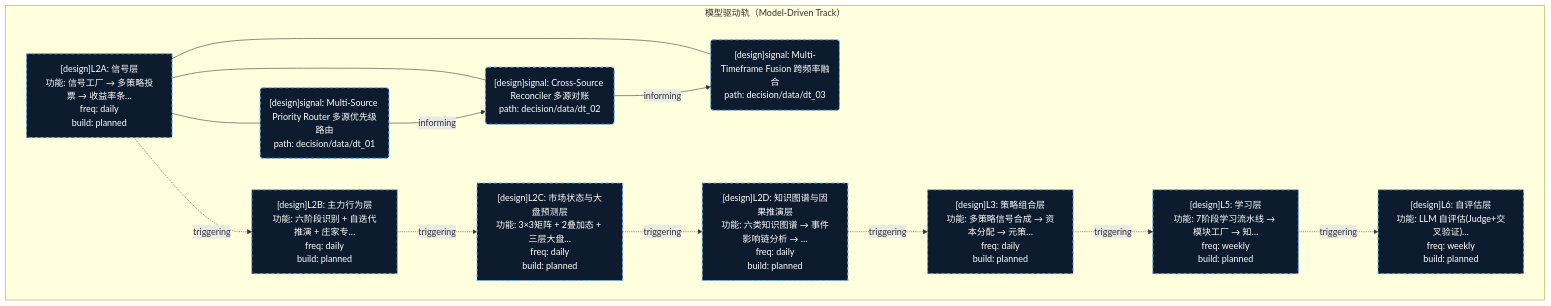
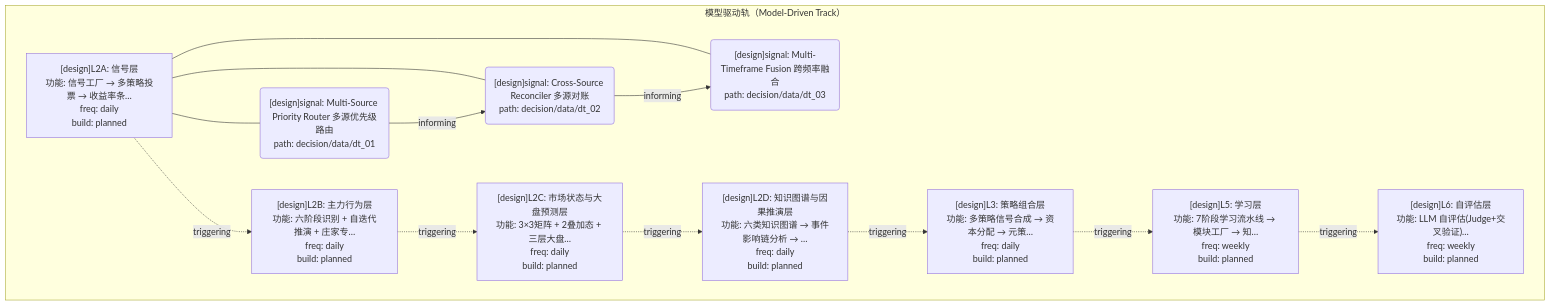
The first of 2 diagrams in docs/02_enterprise_architecture/06_decision_architecture/06_decision_l2a_data.md (xuanFelixVan/ZephyrAlpha), drawn with Mermaid before and after one commit. The commit also changed other lines of this file and 23 other files, not shown here.

First line of the commit message:
style(decision-diagram): 移除所有 mermaid classDef，照搬 application_flows.md 纯默认主题

````diff
--- a/docs/02_enterprise_architecture/06_decision_architecture/06_decision_l2a_data.md
+++ b/docs/02_enterprise_architecture/06_decision_architecture/06_decision_l2a_data.md
@@ -21,32 +21,26 @@
 ```mermaid
 flowchart TD
     subgraph track_model_driven["模型驱动轨（Model-Driven Track）"]
-        LL2A["[design]L2A: 信号层<br/>功能: 信号工厂 → 多策略投票 → 收益率条…<br/>freq: daily<br/>build: planned"]:::bsPlanned
-        N192("[design]signal: Multi-Source Priority Router 多源优先级路由<br/>path: decision/data/dt_01"):::bsPlanned
+        LL2A["[design]L2A: 信号层<br/>功能: 信号工厂 → 多策略投票 → 收益率条…<br/>freq: daily<br/>build: planned"]
+        N192("[design]signal: Multi-Source Priority Router 多源优先级路由<br/>path: decision/data/dt_01")
         LL2A --- N192
-        N193("[design]signal: Cross-Source Reconciler 多源对账<br/>path: decision/data/dt_02"):::bsPlanned
+        N193("[design]signal: Cross-Source Reconciler 多源对账<br/>path: decision/data/dt_02")
         LL2A --- N193
-        N194("[design]signal: Multi-Timeframe Fusion 跨频率融合<br/>path: decision/data/dt_03"):::bsPlanned
+        N194("[design]signal: Multi-Timeframe Fusion 跨频率融合<br/>path: decision/data/dt_03")
         LL2A --- N194
-        LL2B["[design]L2B: 主力行为层<br/>功能: 六阶段识别 + 自迭代推演 + 庄家专…<br/>freq: daily<br/>build: planned"]:::bsPlanned
-        LL2C["[design]L2C: 市场状态与大盘预测层<br/>功能: 3×3矩阵 + 2叠加态 + 三层大盘…<br/>freq: daily<br/>build: planned"]:::bsPlanned
-        LL2D["[design]L2D: 知识图谱与因果推演层<br/>功能: 六类知识图谱 → 事件影响链分析 → …<br/>freq: daily<br/>build: planned"]:::bsPlanned
-        LL3["[design]L3: 策略组合层<br/>功能: 多策略信号合成 → 资本分配 → 元策…<br/>freq: daily<br/>build: planned"]:::bsPlanned
-        LL5["[design]L5: 学习层<br/>功能: 7阶段学习流水线 → 模块工厂 → 知…<br/>freq: weekly<br/>build: planned"]:::bsPlanned
-        LL6["[design]L6: 自评估层<br/>功能: LLM 自评估(Judge+交叉验证)…<br/>freq: weekly<br/>build: planned"]:::bsPlanned
+        LL2B["[design]L2B: 主力行为层<br/>功能: 六阶段识别 + 自迭代推演 + 庄家专…<br/>freq: daily<br/>build: planned"]
+        LL2C["[design]L2C: 市场状态与大盘预测层<br/>功能: 3×3矩阵 + 2叠加态 + 三层大盘…<br/>freq: daily<br/>build: planned"]
+        LL2D["[design]L2D: 知识图谱与因果推演层<br/>功能: 六类知识图谱 → 事件影响链分析 → …<br/>freq: daily<br/>build: planned"]
+        LL3["[design]L3: 策略组合层<br/>功能: 多策略信号合成 → 资本分配 → 元策…<br/>freq: daily<br/>build: planned"]
+        LL5["[design]L5: 学习层<br/>功能: 7阶段学习流水线 → 模块工厂 → 知…<br/>freq: weekly<br/>build: planned"]
+        LL6["[design]L6: 自评估层<br/>功能: LLM 自评估(Judge+交叉验证)…<br/>freq: weekly<br/>build: planned"]
     end
     LL2A -.->|triggering| LL2B
     LL2B -.->|triggering| LL2C
     LL2C -.->|triggering| LL2D
     LL2D -.->|triggering| LL3
     LL3 -.->|triggering| LL5
     LL5 -.->|triggering| LL6
     N192 -->|informing| N193
     N193 -->|informing| N194
-
-    classDef bsStable fill:#1b2e1b,stroke:#4caf50,stroke-width:2px,color:#fff
-    classDef bsGenerated fill:#2e2a0d,stroke:#ffd54f,stroke-width:2px,color:#fff
-    classDef bsTesting fill:#2e1d0d,stroke:#ff8a65,stroke-width:2px,color:#fff
-    classDef bsPlanned fill:#0d1b2e,stroke:#64b5f6,stroke-width:2px,color:#fff,stroke-dasharray: 5 5
-    classDef bsDeprecated fill:#2e0d0d,stroke:#e57373,stroke-width:2px,color:#fff,stroke-dasharray: 5 5
 ```
````
